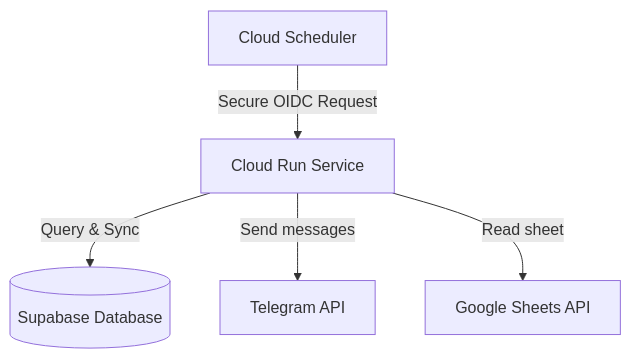
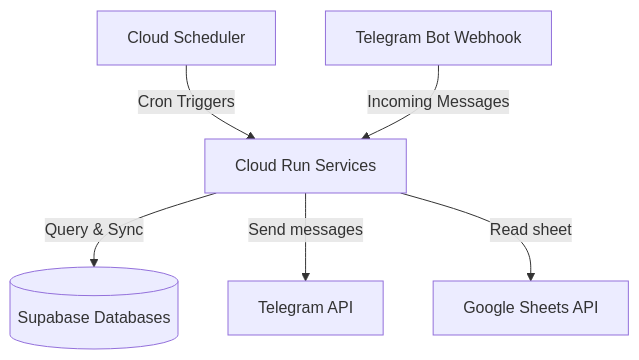
The diagram in README.md (petrolal/ahun-cloud-env), drawn with Mermaid before and after one commit. The commit also changed other lines of this file and 7 other files, not shown here.

````diff
--- a/README.md
+++ b/README.md
@@ -9,7 +9,8 @@
 ```mermaid
 graph TD
-    A[Cloud Scheduler] -->|Secure OIDC Request| B[Cloud Run Service]
-    B -->|Query & Sync| C[(Supabase Database)]
+    A[Cloud Scheduler] -->|Cron Triggers| B[Cloud Run Services]
+    F[Telegram Bot Webhook] -->|Incoming Messages| B
+    B -->|Query & Sync| C[(Supabase Databases)]
     B -->|Send messages| D[Telegram API]
     B -->|Read sheet| E[Google Sheets API]
 ```
````
